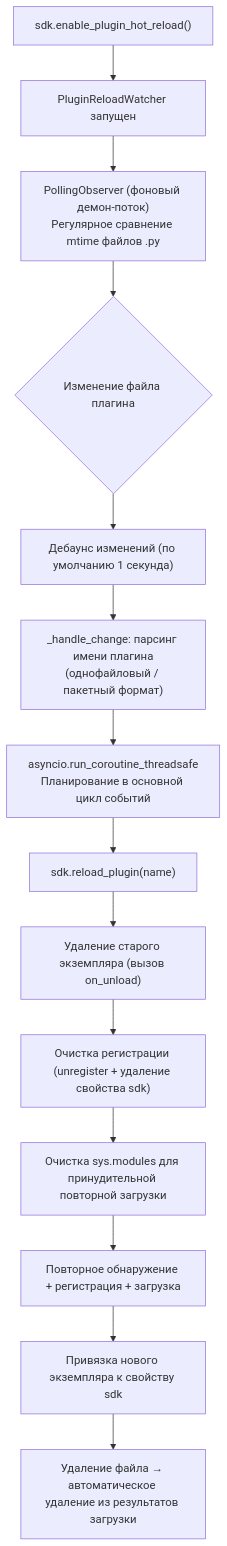
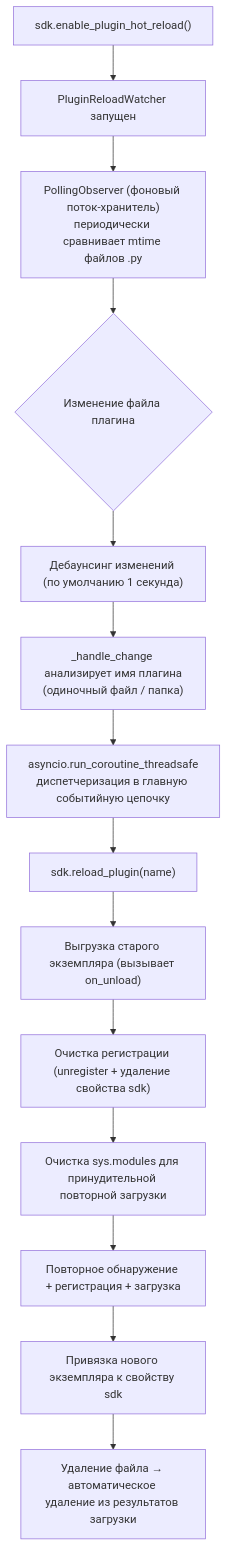
Before and after one commit to ErisPulse/ErisPulse: the ninth of 9 diagrams in docs/ru/architecture.md, drawn with Mermaid. The commit also changed other lines of this file and 299 other files, not shown here.

````diff
--- a/docs/ru/architecture.md
+++ b/docs/ru/architecture.md
@@ -287,16 +282,16 @@
 ```mermaid
 flowchart TD
     A["sdk.enable_plugin_hot_reload()"] --> B["PluginReloadWatcher запущен"]
-    B --> C["PollingObserver (фоновый демон-поток)<br/>Регулярное сравнение mtime файлов .py"]
+    B --> C["PollingObserver (фоновый поток-хранитель)<br/>периодически сравнивает mtime файлов .py"]
     C --> D{"Изменение файла плагина"}
-    D --> E["Дебаунс изменений (по умолчанию 1 секунда)"]
-    E --> F["_handle_change: парсинг имени плагина<br/>(однофайловый / пакетный формат)"]
-    F --> G["asyncio.run_coroutine_threadsafe<br/>Планирование в основной цикл событий"]
+    D --> E["Дебаунсинг изменений (по умолчанию 1 секунда)"]
+    E --> F["_handle_change анализирует имя плагина<br/>(одиночный файл / папка)"]
+    F --> G["asyncio.run_coroutine_threadsafe<br/>диспетчеризация в главную событийную цепочку"]
     G --> H["sdk.reload_plugin(name)"]
-    H --> I["Удаление старого экземпляра (вызов on_unload)"]
+    H --> I["Выгрузка старого экземпляра (вызывает on_unload)"]
     I --> J["Очистка регистрации (unregister + удаление свойства sdk)"]
     J --> K["Очистка sys.modules для принудительной повторной загрузки"]
     K --> L["Повторное обнаружение + регистрация + загрузка"]
     L --> M["Привязка нового экземпляра к свойству sdk"]
     M --> N["Удаление файла → автоматическое удаление из результатов загрузки"]
 ```
````
